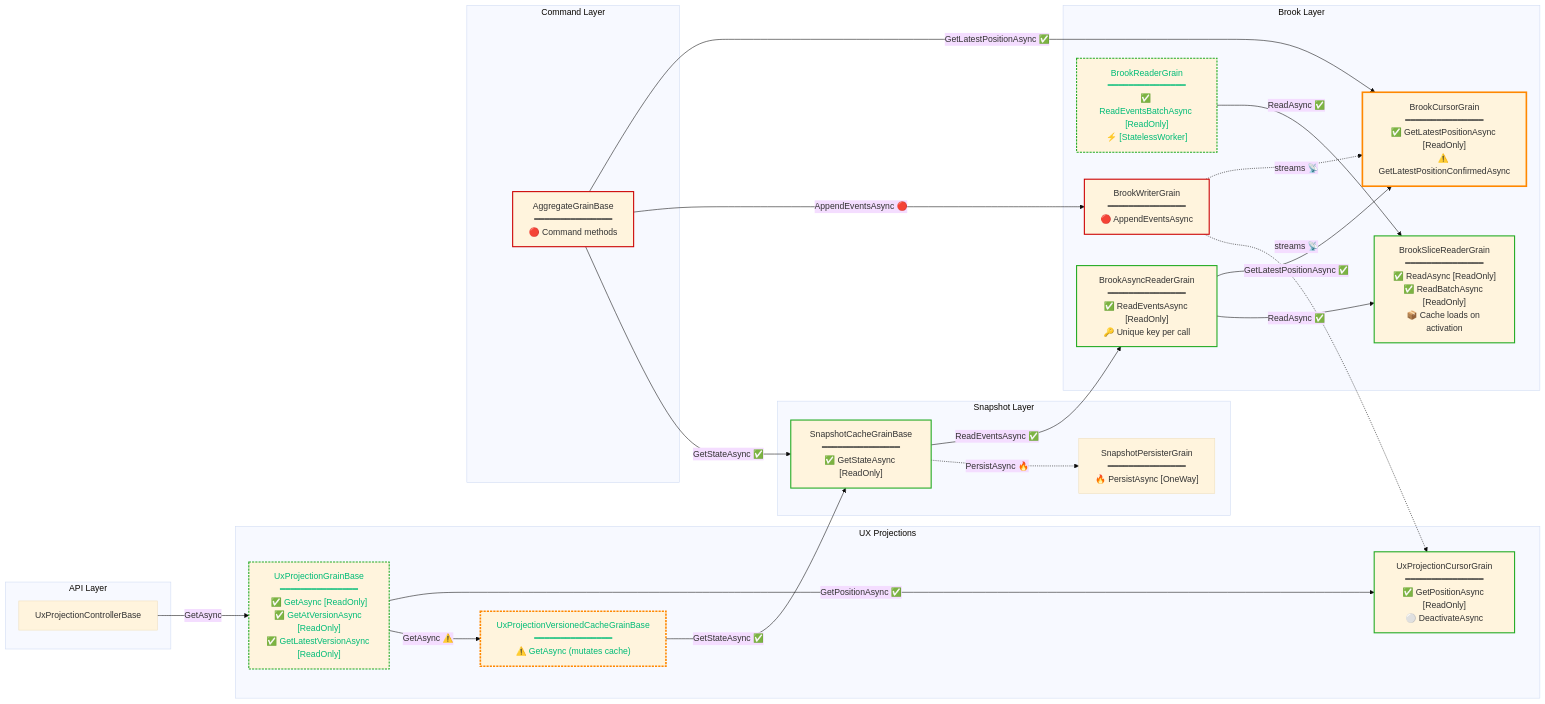
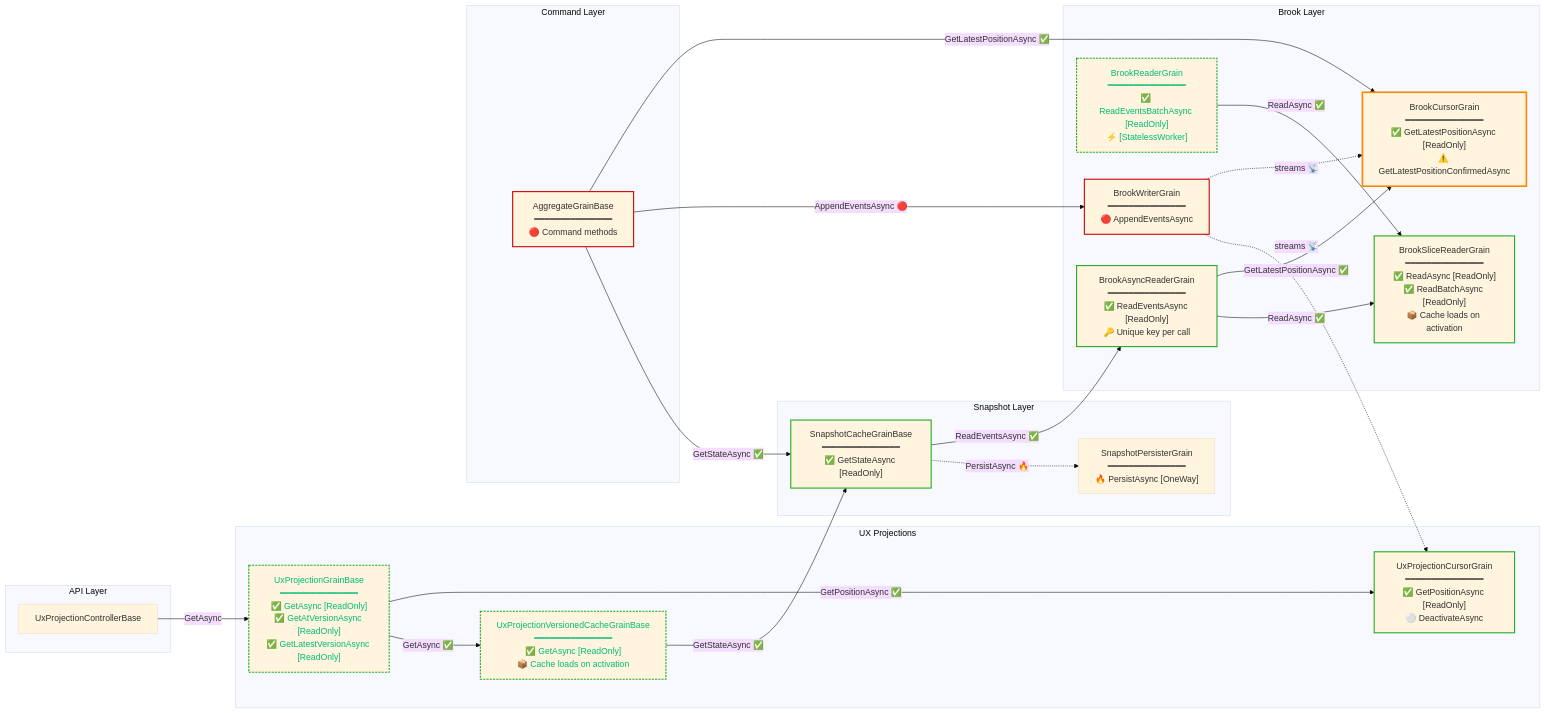
The diagram in docs/grain-read-write-paths.md (Gibbs-Morris/mississippi), drawn with Mermaid (base theme) before and after one commit. The commit also changed other lines of this file and 4 other files, not shown here.

First line of the commit message:
feat(UxProjections): Load versioned cache on activation, restore [ReadOnly]

````diff
--- a/docs/grain-read-write-paths.md
+++ b/docs/grain-read-write-paths.md
@@ -27,69 +27,69 @@
 ```mermaid
 flowchart LR
   subgraph API["API Layer"]
     UxApi["UxProjectionControllerBase"]
   end
 
   subgraph UX["UX Projections"]
     UxProjection["UxProjectionGrainBase<br/>━━━━━━━━━━━━━━━<br/>✅ GetAsync [ReadOnly]<br/>✅ GetAtVersionAsync [ReadOnly]<br/>✅ GetLatestVersionAsync [ReadOnly]"]
     UxCursor["UxProjectionCursorGrain<br/>━━━━━━━━━━━━━━━<br/>✅ GetPositionAsync [ReadOnly]<br/>⚪ DeactivateAsync"]
-    UxCache["UxProjectionVersionedCacheGrainBase<br/>━━━━━━━━━━━━━━━<br/>⚠️ GetAsync (mutates cache)"]
+    UxCache["UxProjectionVersionedCacheGrainBase<br/>━━━━━━━━━━━━━━━<br/>✅ GetAsync [ReadOnly]<br/>📦 Cache loads on activation"]
   end
 
   subgraph Snapshots["Snapshot Layer"]
     SnapshotCache["SnapshotCacheGrainBase<br/>━━━━━━━━━━━━━━━<br/>✅ GetStateAsync [ReadOnly]"]
     SnapshotPersister["SnapshotPersisterGrain<br/>━━━━━━━━━━━━━━━<br/>🔥 PersistAsync [OneWay]"]
   end
 
   subgraph Brooks["Brook Layer"]
     BrookWriter["BrookWriterGrain<br/>━━━━━━━━━━━━━━━<br/>🔴 AppendEventsAsync"]
     BrookCursor["BrookCursorGrain<br/>━━━━━━━━━━━━━━━<br/>✅ GetLatestPositionAsync [ReadOnly]<br/>⚠️ GetLatestPositionConfirmedAsync"]
     BrookReader["BrookReaderGrain<br/>━━━━━━━━━━━━━━━<br/>✅ ReadEventsBatchAsync [ReadOnly]<br/>⚡ [StatelessWorker]"]
     BrookAsyncReader["BrookAsyncReaderGrain<br/>━━━━━━━━━━━━━━━<br/>✅ ReadEventsAsync [ReadOnly]<br/>🔑 Unique key per call"]
     BrookSlice["BrookSliceReaderGrain<br/>━━━━━━━━━━━━━━━<br/>✅ ReadAsync [ReadOnly]<br/>✅ ReadBatchAsync [ReadOnly]<br/>📦 Cache loads on activation"]
   end
 
   subgraph Aggregates["Command Layer"]
     Aggregate["AggregateGrainBase<br/>━━━━━━━━━━━━━━━<br/>🔴 Command methods"]
   end
 
   %% API to UX
   UxApi -->|"GetAsync"| UxProjection
 
   %% UX internal reads
   UxProjection -->|"GetPositionAsync ✅"| UxCursor
-  UxProjection -->|"GetAsync ⚠️"| UxCache
+  UxProjection -->|"GetAsync ✅"| UxCache
   UxCache -->|"GetStateAsync ✅"| SnapshotCache
 
   %% Snapshot to Brook reads
   SnapshotCache -->|"ReadEventsAsync ✅"| BrookAsyncReader
   SnapshotCache -.->|"PersistAsync 🔥"| SnapshotPersister
 
   %% Brook reader chain (batch path via StatelessWorker)
   BrookReader -->|"ReadAsync ✅"| BrookSlice
 
   %% Brook async reader chain (streaming path via unique keys)
   BrookAsyncReader -->|"GetLatestPositionAsync ✅"| BrookCursor
   BrookAsyncReader -->|"ReadAsync ✅"| BrookSlice
 
   %% Write path
   Aggregate -->|"GetLatestPositionAsync ✅"| BrookCursor
   Aggregate -->|"AppendEventsAsync 🔴"| BrookWriter
   Aggregate -->|"GetStateAsync ✅"| SnapshotCache
 
   %% Stream notifications
   BrookWriter -.->|"streams 📡"| BrookCursor
   BrookWriter -.->|"streams 📡"| UxCursor
 
   %% Styling
   class UxProjection,UxCache stateless
   class BrookReader stateless
-  class UxProjection,UxCursor,SnapshotCache,BrookReader,BrookAsyncReader,BrookSlice readonly
-  class UxCache,BrookCursor bottleneck
+  class UxProjection,UxCache,UxCursor,SnapshotCache,BrookReader,BrookAsyncReader,BrookSlice readonly
+  class BrookCursor bottleneck
   class BrookWriter,Aggregate write
 
   classDef stateless stroke-dasharray: 4 2, stroke:#0b7, color:#0b7;
   classDef readonly stroke:#2a2, stroke-width:2px;
   classDef bottleneck stroke:#f80, stroke-width:3px;
   classDef write stroke:#c00, stroke-width:2px;
 ```
````
